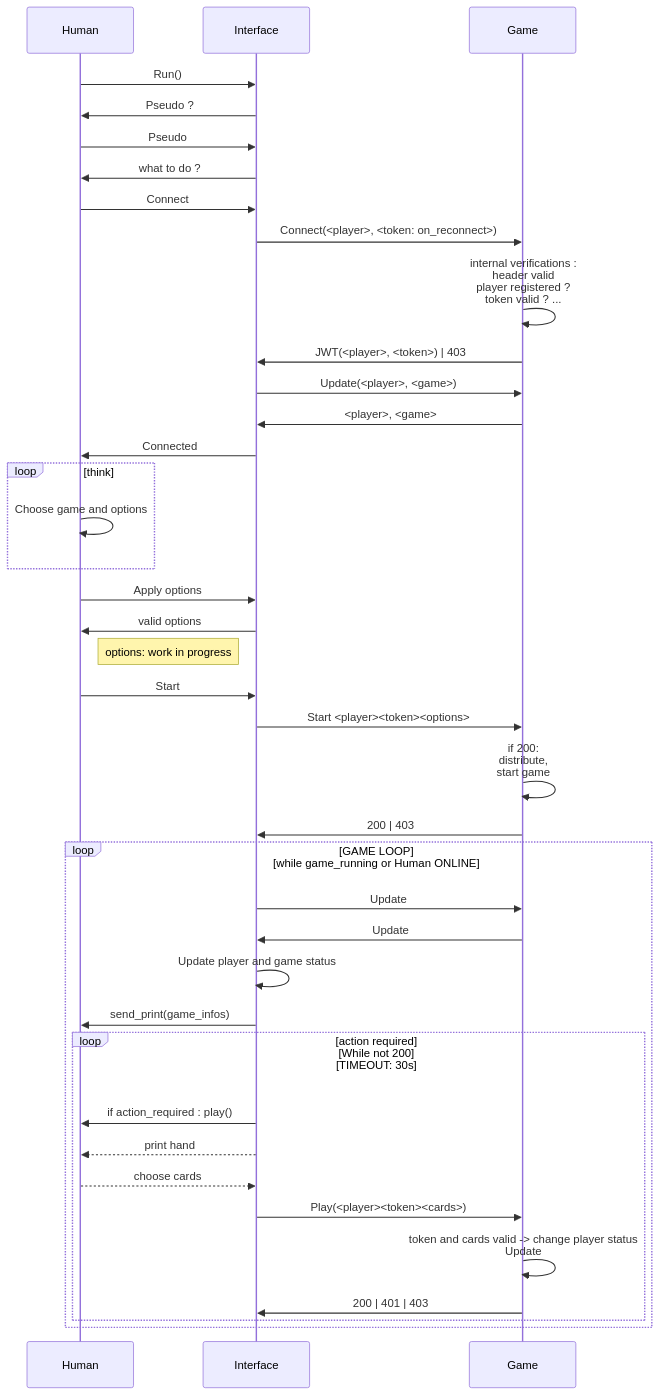
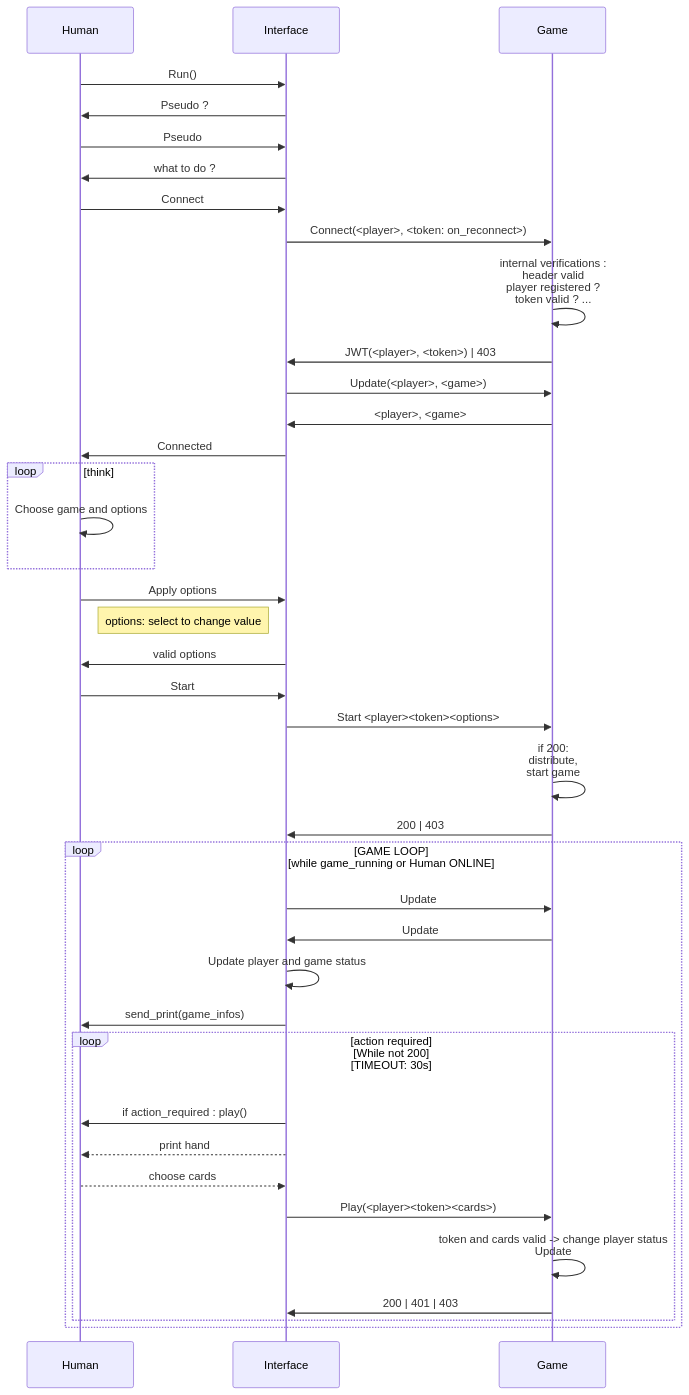
The fifth of 6 diagrams in README.md (Mistayan/President-Game), drawn with Mermaid before and after one commit.

````diff
--- a/README.md
+++ b/README.md
@@ -207,41 +207,41 @@
 ```mermaid
 sequenceDiagram
     participant Human
     Human->>Interface: Run()
     Interface->>Human: Pseudo ?
     Human->>Interface: Pseudo
     Interface->>Human: what to do ?
     Human->>Interface: Connect
     Interface->>Game: Connect(<player>, <token: on_reconnect>)
     Game->>Game: internal verifications :<br>header valid<br>player registered ?<br>token valid ? ...
     Game->>Interface: JWT(<player>, <token>) | 403
     Interface->>Game: Update(<player>, <game>)
     Game->>Interface: <player>, <game>
     Interface->>Human: Connected
     loop think
         Human->>Human: Choose game and options
     end
     Human->>Interface: Apply options
+    Note right of Human: options: select to change value
     Interface->>Human: valid options
-    Note right of Human: options: work in progress
     Human->>Interface: Start
     Interface->>Game: Start <player><token><options>
     Game->>Game: if 200:<br>distribute,<br>start game
     Game->>Interface: 200 | 403
     
     loop GAME LOOP]<br>[while game_running or Human ONLINE
         Interface->>Game: Update
         Game->>Interface: Update
         Interface->>Interface: Update player and game status
         Interface->>Human: send_print(game_infos) 
         
         loop action required]<br>[While not 200]<br>[TIMEOUT: 30s
             Interface->>Human: <br>if action_required : play()
             Interface-->>Human: print hand
             Human-->>Interface: choose cards
             Interface->>Game: Play(<player><token><cards>)
             Game->>Game: token and cards valid -> change player status<br>Update
             Game->>Interface: 200 | 401 | 403            
         end
     end
 ```
````
